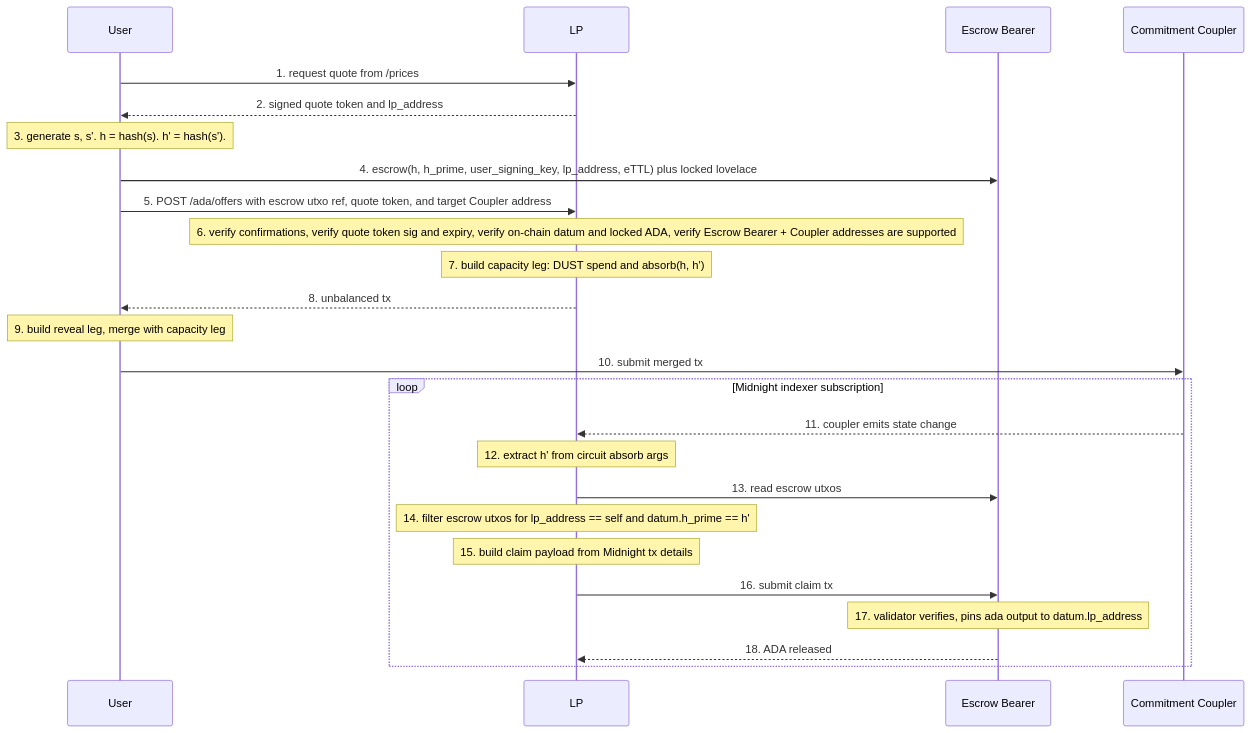
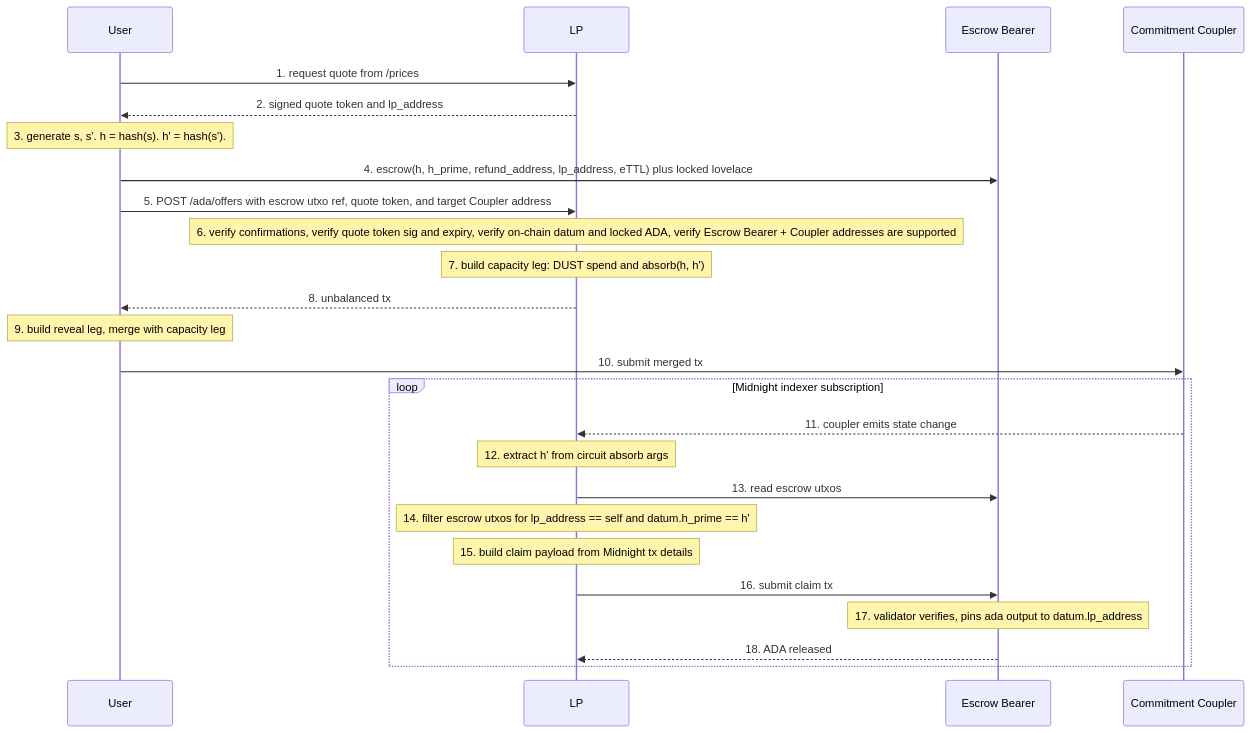
One commit to SundaeSwap-finance/capacity-exchange changed the second of 3 diagrams in packages/bridgeless-claim/docs/OVERVIEW.md. Above: the diagram before and after it, drawn with Mermaid. The commit also changed other lines of this file and 2 other files, not shown here.

First line of the commit message:
docs(bridgeless-claim): refund_address + SDK escrow tracking

````diff
--- a/packages/bridgeless-claim/docs/OVERVIEW.md
+++ b/packages/bridgeless-claim/docs/OVERVIEW.md
@@ -73,29 +73,29 @@
 ```mermaid
 sequenceDiagram
     participant User
     participant LP
     participant Escrow Bearer
     participant Commitment Coupler
 
     User->>LP: 1. request quote from /prices
     LP-->>User: 2. signed quote token and lp_address
     Note over User: 3. generate s, s'. h = hash(s). h' = hash(s').
-    User->>Escrow Bearer: 4. escrow(h, h_prime, user_signing_key, lp_address, eTTL) plus locked lovelace
+    User->>Escrow Bearer: 4. escrow(h, h_prime, refund_address, lp_address, eTTL) plus locked lovelace
     User->>LP: 5. POST /ada/offers with escrow utxo ref, quote token, and target Coupler address
     Note over LP: 6. verify confirmations, verify quote token sig and expiry, verify on-chain datum and locked ADA, verify Escrow Bearer + Coupler addresses are supported
     Note over LP: 7. build capacity leg: DUST spend and absorb(h, h')
     LP-->>User: 8. unbalanced tx
     Note over User: 9. build reveal leg, merge with capacity leg
     User->>Commitment Coupler: 10. submit merged tx
 
     loop Midnight indexer subscription
         Commitment Coupler-->>LP: 11. coupler emits state change
         Note over LP: 12. extract h' from circuit absorb args
         LP->>Escrow Bearer: 13. read escrow utxos
         Note over LP: 14. filter escrow utxos for lp_address == self and datum.h_prime == h'
         Note over LP: 15. build claim payload from Midnight tx details
         LP->>Escrow Bearer: 16. submit claim tx
         Note over Escrow Bearer: 17. validator verifies, pins ada output to datum.lp_address
         Escrow Bearer-->>LP: 18. ADA released
     end
 ```
````
